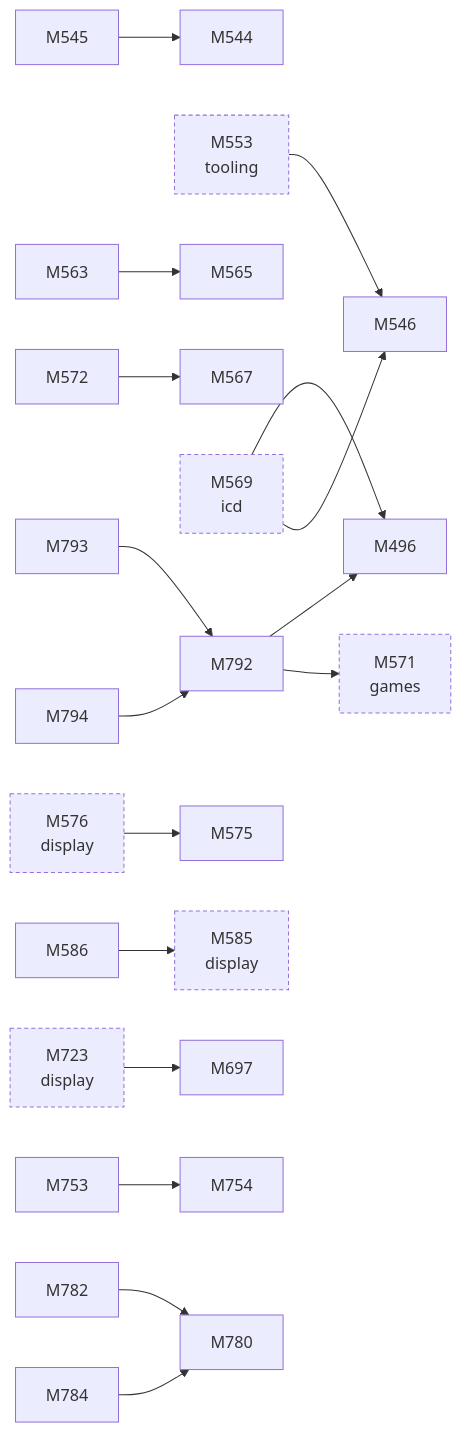
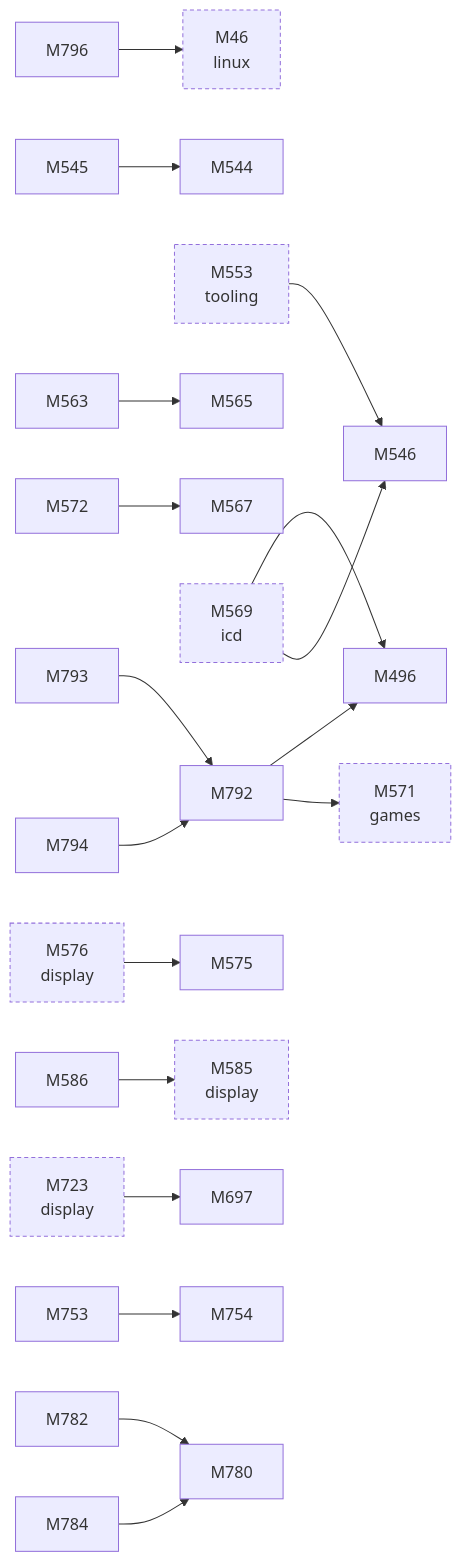
The second of 2 diagrams in docs/facts/graphs/d3d.md (D-Ogi/amdgpu-wddm), drawn with Mermaid before and after one commit. The commit also changed other lines of this file and 12 other files, not shown here.

````diff
--- a/docs/facts/graphs/d3d.md
+++ b/docs/facts/graphs/d3d.md
@@ -19,46 +22,49 @@
 ```mermaid
 flowchart LR
+  M46["M46<br/>linux"]
   M496["M496"]
   M544["M544"]
   M545["M545"]
   M546["M546"]
   M553["M553<br/>tooling"]
   M563["M563"]
   M565["M565"]
   M567["M567"]
   M569["M569<br/>icd"]
   M571["M571<br/>games"]
   M572["M572"]
   M575["M575"]
   M576["M576<br/>display"]
   M585["M585<br/>display"]
   M586["M586"]
   M697["M697"]
   M723["M723<br/>display"]
   M753["M753"]
   M754["M754"]
   M780["M780"]
   M782["M782"]
   M784["M784"]
   M792["M792"]
   M793["M793"]
   M794["M794"]
+  M796["M796"]
   M576 --> M575
   M723 --> M697
   M569 --> M496
   M569 --> M546
   M545 --> M544
   M563 --> M565
   M572 --> M567
   M586 --> M585
   M753 --> M754
   M782 --> M780
   M784 --> M780
   M792 --> M496
   M792 --> M571
   M793 --> M792
   M794 --> M792
+  M796 --> M46
   M553 --> M546
   classDef other stroke-dasharray:4 3
-  class M553,M569,M571,M576,M585,M723 other
+  class M46,M553,M569,M571,M576,M585,M723 other
 ```
````
